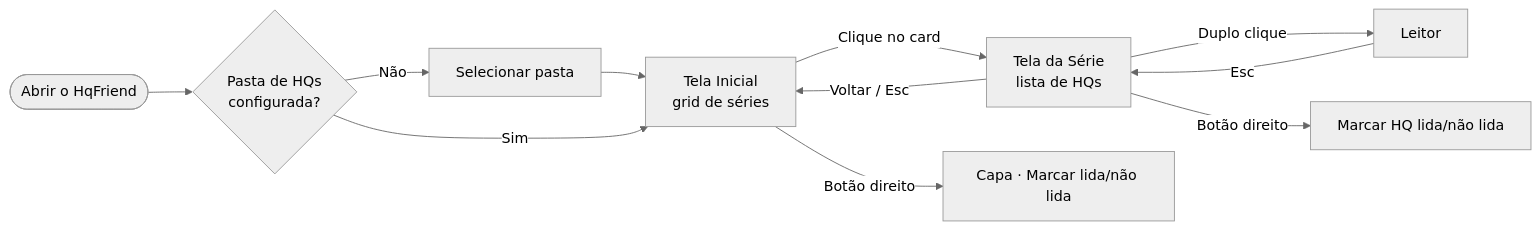
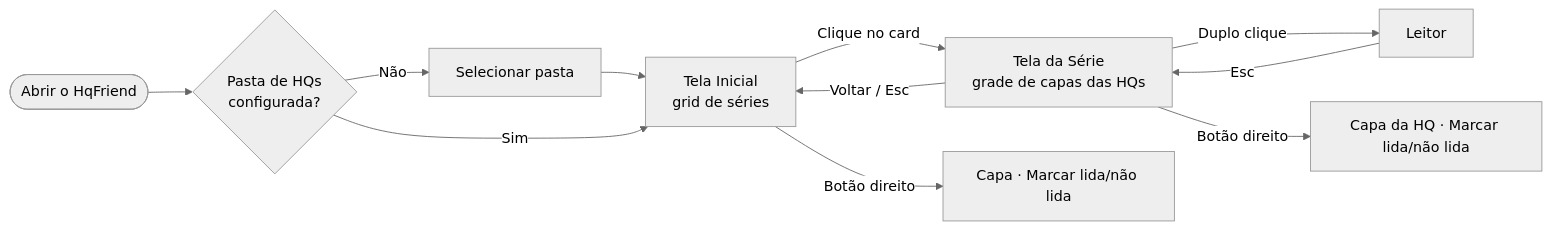
One commit to Pedrohcs/HqFriend changed the second of 3 diagrams in README.md. Above: the diagram before and after it, drawn with Mermaid (neutral theme). The commit also changed other lines of this file and 38 other files, not shown here.

````diff
--- a/README.md
+++ b/README.md
@@ -96,13 +97,13 @@
 ```mermaid
 graph LR
     A([Abrir o HqFriend]) --> B{Pasta de HQs<br/>configurada?}
     B -->|Não| C[Selecionar pasta]
     C --> D
     B -->|Sim| D[Tela Inicial<br/>grid de séries]
-    D -->|Clique no card| E[Tela da Série<br/>lista de HQs]
+    D -->|Clique no card| E[Tela da Série<br/>grade de capas das HQs]
     D -->|Botão direito| F[Capa · Marcar lida/não lida]
     E -->|Duplo clique| G[Leitor]
-    E -->|Botão direito| H[Marcar HQ lida/não lida]
+    E -->|Botão direito| H[Capa da HQ · Marcar lida/não lida]
     G -->|Esc| E
     E -->|Voltar / Esc| D
 ```
````
